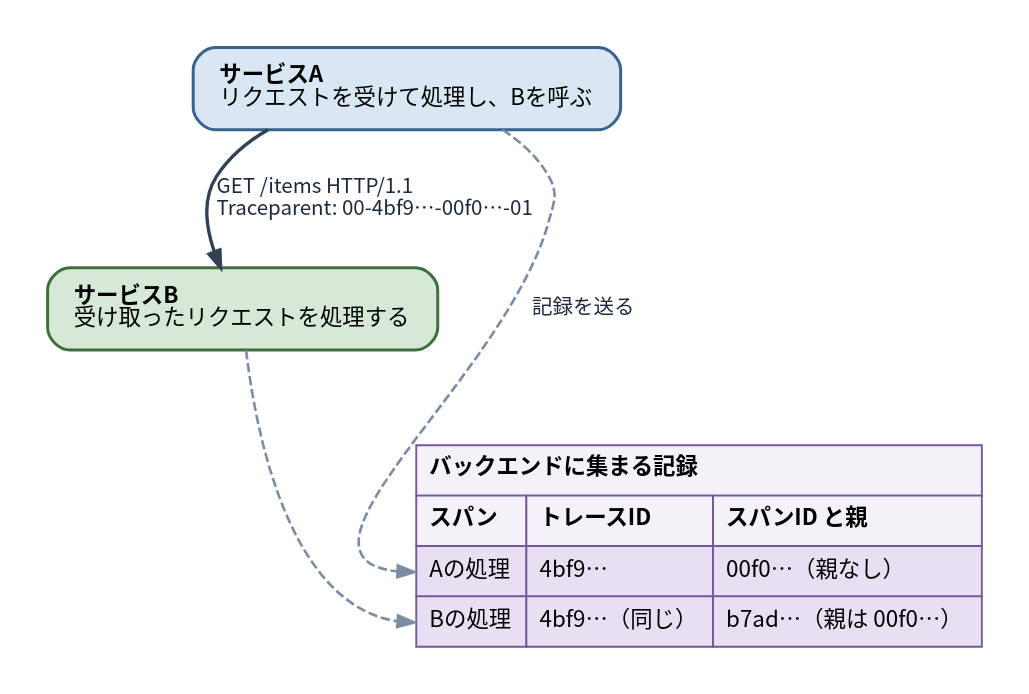
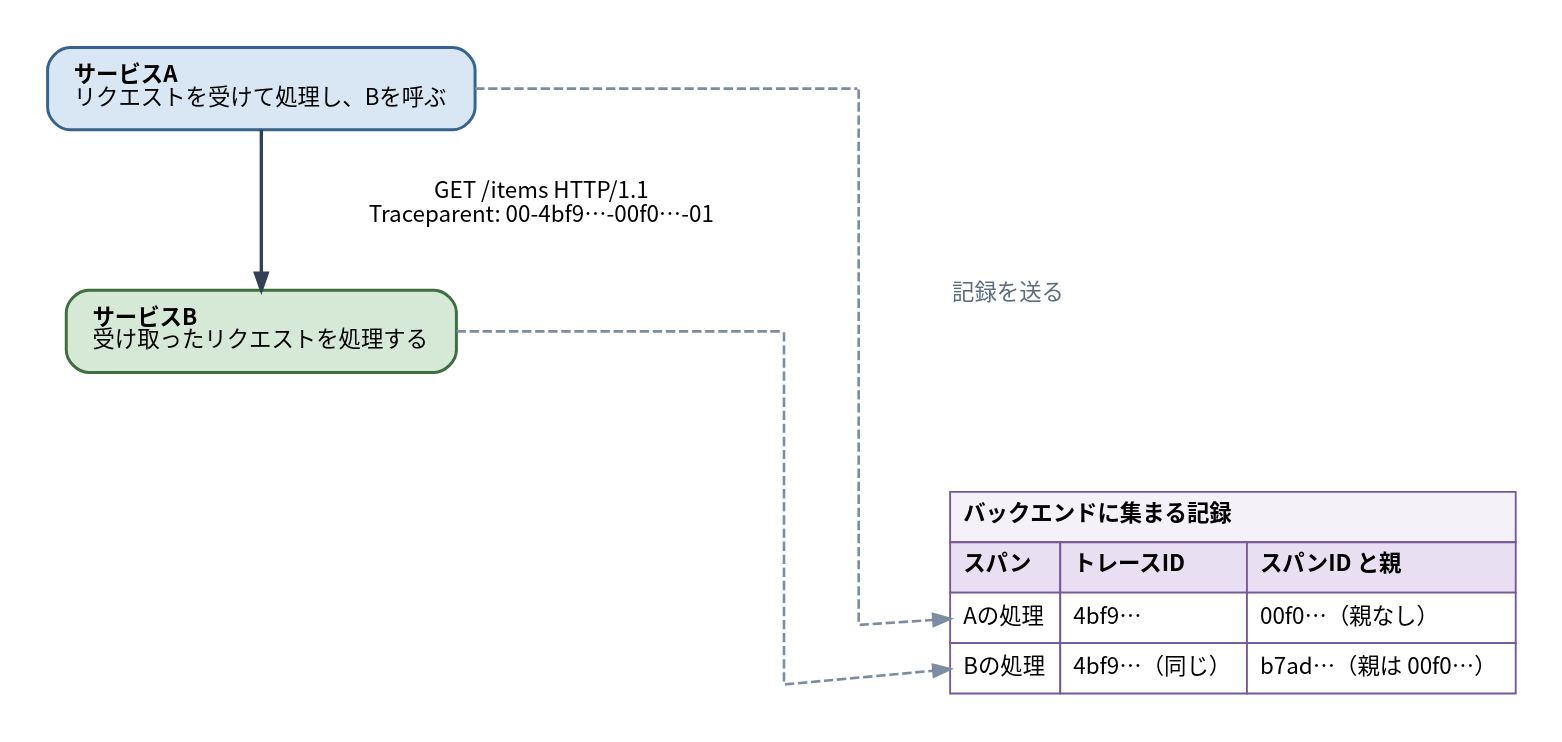
One commit to ymotongpoo/zenn.dev changed the diagram in diagrams/go-ebpf-primer/20260820-distributed-trace-basics.dot. Above: the diagram before and after it, drawn with Graphviz. The commit also changed 98 other files, not shown here.

First line of the commit message:
図版の線を水平垂直の直線に統一し、角の隙間を埋める後処理を追加した

```diff
--- a/diagrams/go-ebpf-primer/20260820-distributed-trace-basics.dot
+++ b/diagrams/go-ebpf-primer/20260820-distributed-trace-basics.dot
@@ -1,43 +1,46 @@
 // 分散トレースの基本
-digraph trace_basics {
+digraph distributed_trace_basics {
   graph [
+    layout=neato, inputscale=72, splines=line,
     fontname="Harano Aji Gothic,Noto Sans CJK JP,IPAGothic", fontsize=13,
-    rankdir=TB, compound=true, splines=true,
-    nodesep=0.5, ranksep=0.7, pad=0.25,
-    bgcolor="white", newrank=true
+    bgcolor="white", pad=0.25
   ];
   node [
     fontname="Harano Aji Gothic,Noto Sans CJK JP,IPAGothic", fontsize=12,
     shape=box, style="rounded,filled",
     fillcolor="#F1F5F9", color="#475569", penwidth=1.6,
     margin="0.2,0.14"
   ];
   edge [
     fontname="Harano Aji Gothic,Noto Sans CJK JP,IPAGothic", fontsize=11,
     color="#334155", penwidth=1.4, arrowsize=0.9,
     fontcolor="#1E293B"
   ];
 
-  a [label=<<b>サービスA</b><br align="left"/>リクエストを受けて処理し、Bを呼ぶ<br align="left"/>>,
-     fillcolor="#D9E7F4", color="#38638F"];
-  b [label=<<b>サービスB</b><br align="left"/>受け取ったリクエストを処理する<br align="left"/>>,
-     fillcolor="#D6E8D6", color="#3F6E3F"];
+  sa [pos="180,430!", label=<<b>サービスA</b><br align="left"/>リクエストを受けて処理し、Bを呼ぶ<br align="left"/>>, fillcolor="#D9E7F4", color="#38638F"];
+  L0 [pos="330,368!", shape=plaintext, style="", label="GET /items HTTP/1.1\nTraceparent: 00-4bf9…-00f0…-01"];
+  sb [pos="180,300!", label=<<b>サービスB</b><br align="left"/>受け取ったリクエストを処理する<br align="left"/>>, fillcolor="#D6E8D6", color="#3F6E3F"];
 
-  spans [shape=plain, style="", label=<
+  a1 [pos="500,430!", shape=point, width=0.01, style=invis];
+  a2 [pos="500,142.7!", shape=point, width=0.01, style=invis];
+  b1 [pos="460,300!", shape=point, width=0.01, style=invis];
+  b2 [pos="460,110.8!", shape=point, width=0.01, style=invis];
+
+  Ls [pos="580,320!", shape=plaintext, style="", label="記録を送る", fontcolor="#5B6B80"];
+
+  rec [pos="700,160!", shape=plain, style="", label=<
     <table border="0" cellborder="1" cellspacing="0" cellpadding="6" color="#75589C">
       <tr><td colspan="3" align="left" bgcolor="#F5F1F9"><b>バックエンドに集まる記録</b></td></tr>
-      <tr><td align="left" bgcolor="#F5F1F9"><b>スパン</b></td>
-          <td align="left" bgcolor="#F5F1F9"><b>トレースID</b></td>
-          <td align="left" bgcolor="#F5F1F9"><b>スパンID と親</b></td></tr>
-      <tr><td align="left" bgcolor="#E9DFF2" port="s1">Aの処理</td>
-          <td align="left" bgcolor="#E9DFF2">4bf9…</td>
-          <td align="left" bgcolor="#E9DFF2">00f0…（親なし）</td></tr>
-      <tr><td align="left" bgcolor="#E9DFF2" port="s2">Bの処理</td>
-          <td align="left" bgcolor="#E9DFF2">4bf9…（同じ）</td>
-          <td align="left" bgcolor="#E9DFF2">b7ad…（親は 00f0…）</td></tr>
+      <tr><td align="left" bgcolor="#E9DFF2"><b>スパン</b></td><td align="left" bgcolor="#E9DFF2"><b>トレースID</b></td><td align="left" bgcolor="#E9DFF2"><b>スパンID と親</b></td></tr>
+      <tr><td port="ra" align="left" bgcolor="#FFFFFF">Aの処理</td><td align="left" bgcolor="#FFFFFF">4bf9…</td><td align="left" bgcolor="#FFFFFF">00f0…（親なし）</td></tr>
+      <tr><td port="rb" align="left" bgcolor="#FFFFFF">Bの処理</td><td align="left" bgcolor="#FFFFFF">4bf9…（同じ）</td><td align="left" bgcolor="#FFFFFF">b7ad…（親は 00f0…）</td></tr>
     </table>>];
 
-  a -> b [label=" GET /items HTTP/1.1\l Traceparent: 00-4bf9…-00f0…-01\l", penwidth=1.8];
-  a -> spans:s1:w [label=" 記録を送る", style=dashed, color="#7C8DA3"];
-  b -> spans:s2:w [style=dashed, color="#7C8DA3"];
+  sa -> sb [penwidth=1.8];
+  sa -> a1 [dir=none, style=dashed, color="#7C8DA3"];
+  a1 -> a2 [dir=none, style=dashed, color="#7C8DA3"];
+  a2 -> rec:ra:w [style=dashed, color="#7C8DA3"];
+  sb -> b1 [dir=none, style=dashed, color="#7C8DA3"];
+  b1 -> b2 [dir=none, style=dashed, color="#7C8DA3"];
+  b2 -> rec:rb:w [style=dashed, color="#7C8DA3"];
 }
```
